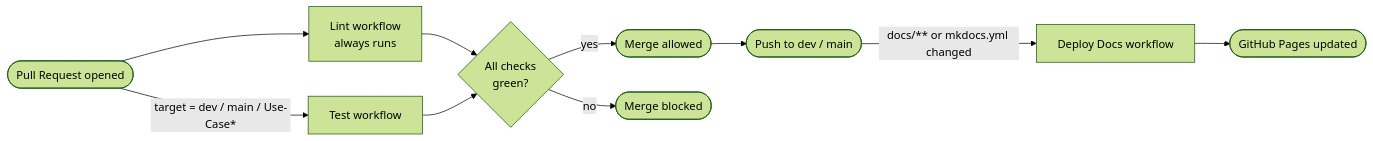
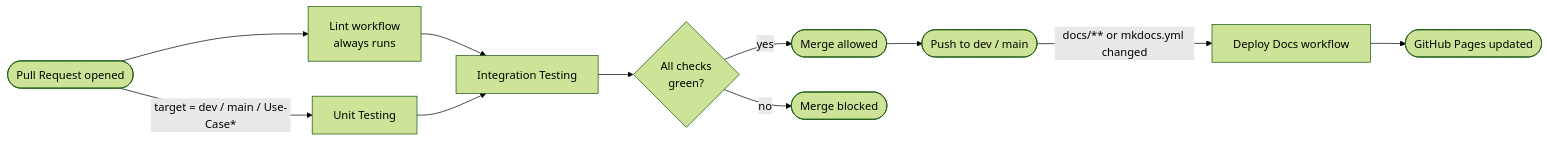
One commit to COS301-SE-2026/Gesture-Based-Drone-Control changed the diagram in docs/CICD.md. Above: the diagram before and after it, drawn with Mermaid (forest theme). The commit also changed other lines of this file, not shown here.

````diff
--- a/docs/CICD.md
+++ b/docs/CICD.md
@@ -37,12 +37,13 @@
 ```mermaid
 flowchart LR
     PR([Pull Request opened]) --> LINT[Lint workflow<br/>always runs]
-    PR -->|target = dev / main / Use-Case*| TEST[Test workflow]
-    LINT --> CHECK{All checks<br/>green?}
-    TEST --> CHECK
+    PR -->|target = dev / main / Use-Case*| TEST[Unit Testing]
+    LINT --> INTEGRATION[Integration Testing]
+    TEST --> INTEGRATION
+    INTEGRATION --> CHECK{All checks<br/>green?}
     CHECK -- yes --> MERGE([Merge allowed])
     CHECK -- no  --> BLOCK([Merge blocked])
     MERGE --> PUSH([Push to dev / main])
     PUSH -->|docs/** or mkdocs.yml changed| DOCS[Deploy Docs workflow]
     DOCS --> PAGES([GitHub Pages updated])
 ```
````
